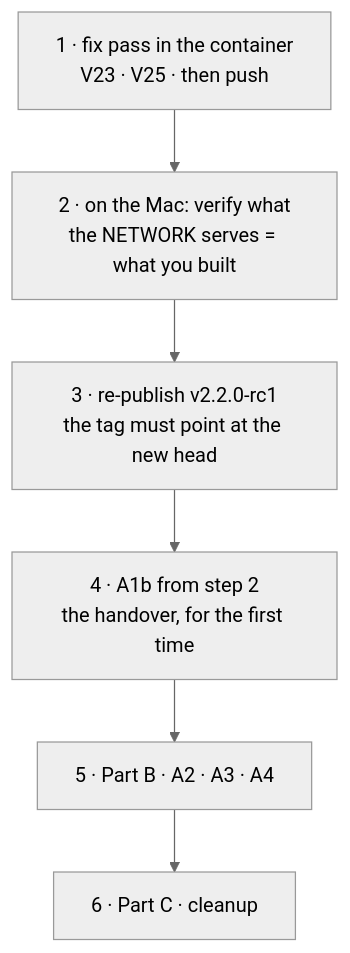
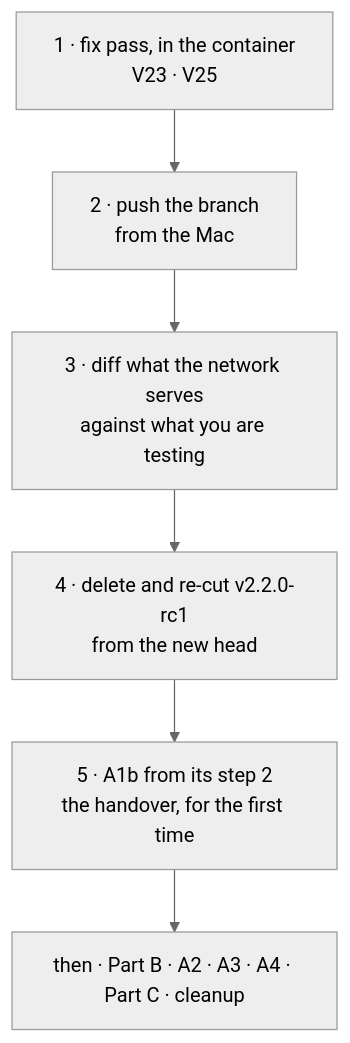
One commit to alergyonthestage/ytdl changed the second of 3 diagrams in docs/verifica-cycle6plus.md. Above: the diagram before and after it, drawn with Mermaid (neutral theme).

Commit message:
docs: the Ripresa diagram now numbers the same steps as its prose

````diff
--- a/docs/verifica-cycle6plus.md
+++ b/docs/verifica-cycle6plus.md
@@ -95,8 +95,8 @@
 ```mermaid
 flowchart TD
-  F["1 · fix pass in the container<br/>V23 · V25 · then push"] --> P["2 · on the Mac: verify what<br/>the NETWORK serves = what you built"]
-  P --> R["3 · re-publish v2.2.0-rc1<br/>the tag must point at the new head"]
-  R --> A["4 · A1b from step 2<br/>the handover, for the first time"]
-  A --> B["5 · Part B · A2 · A3 · A4"]
-  B --> C["6 · Part C · cleanup"]
+  F["1 · fix pass, in the container<br/>V23 · V25"] --> P["2 · push the branch<br/>from the Mac"]
+  P --> D["3 · diff what the network serves<br/>against what you are testing"]
+  D --> R["4 · delete and re-cut v2.2.0-rc1<br/>from the new head"]
+  R --> A["5 · A1b from its step 2<br/>the handover, for the first time"]
+  A --> B["then · Part B · A2 · A3 · A4 · Part C · cleanup"]
 ```
````
